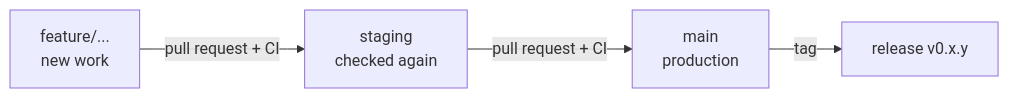
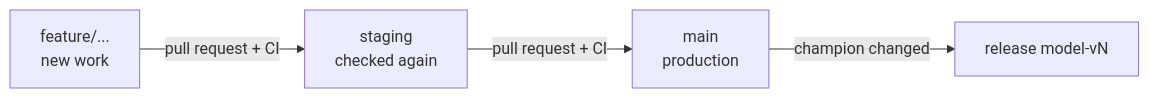
Before and after one commit to denzelchingodza/ML-Recommendation-engine: the second of 2 diagrams in README.md, drawn with Mermaid. The commit also changed other lines of this file and 16 other files, not shown here.

````diff
--- a/README.md
+++ b/README.md
@@ -153,6 +165,6 @@
 ```mermaid
 flowchart LR
     F[feature/...<br/>new work] -- pull request + CI --> S[staging<br/>checked again]
     S -- pull request + CI --> M[main<br/>production]
-    M -- tag --> R[release v0.x.y]
+    M -- champion changed --> R[release model-vN]
 ```
````
